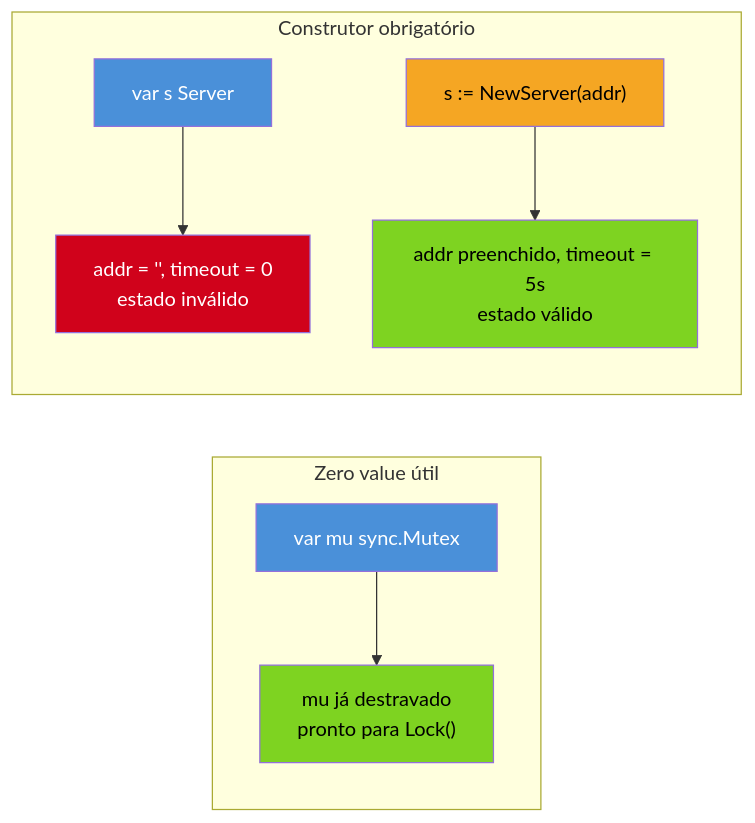
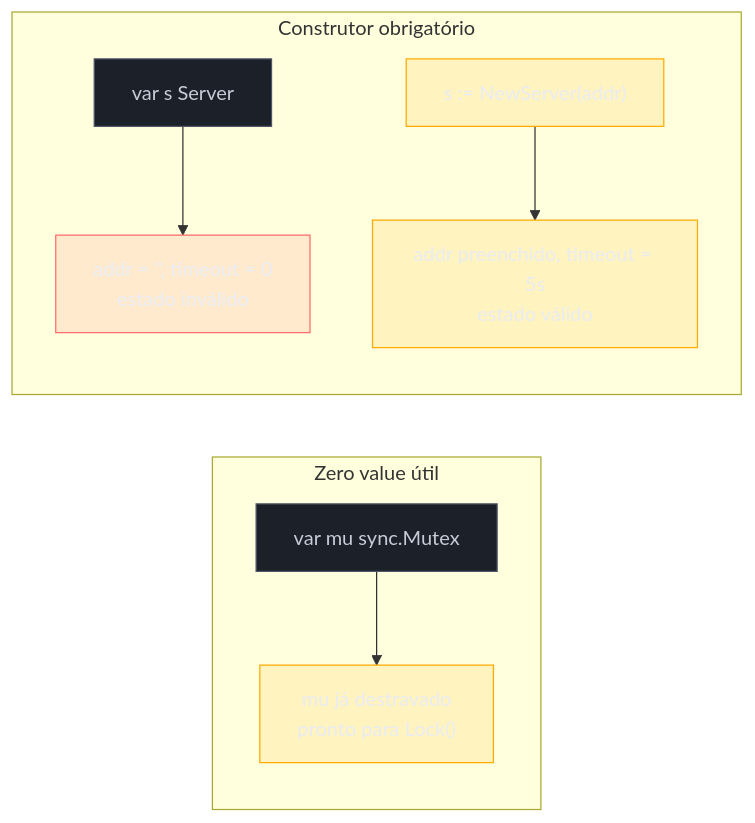
One commit to josenaldo/codex-technomanticus changed the third of 3 diagrams in 03-Dominios/Tecnologia/Go/02 - Tipos, structs e métodos/06 - O idioma do construtor.md. Above: the diagram before and after it, drawn with Mermaid. The commit also changed other lines of this file and 1181 other files, not shown here.

First line of the commit message:
fix(diagramas): paleta do sistema no lugar de cor cravada no markdown

````diff
--- a/03-Dominios/Tecnologia/Go/02 - Tipos, structs e métodos/06 - O idioma do construtor.md
+++ b/03-Dominios/Tecnologia/Go/02 - Tipos, structs e métodos/06 - O idioma do construtor.md
@@ -217,19 +220,22 @@
 ```mermaid
 flowchart LR
+    classDef neutro fill:#1B2029,stroke:#4E5666,color:#C6CCD8
+    classDef destaque fill:#FFAA0024,stroke:#FFAA00,color:#E9ECF2
+    classDef falha fill:#FF6B6B24,stroke:#FF6B6B,color:#E9ECF2
     subgraph Util["Zero value útil"]
         direction TB
         A1["var mu sync.Mutex"] --> A2["mu já destravado\npronto para Lock()"]
     end
     subgraph Obrigatorio["Construtor obrigatório"]
         direction TB
         B1["var s Server"] --> B2["addr = '', timeout = 0\nestado inválido"]
         B3["s := NewServer(addr)"] --> B4["addr preenchido, timeout = 5s\nestado válido"]
     end
 
-    style A1 fill:#4A90D9,color:#fff
-    style A2 fill:#7ED321,color:#000
-    style B1 fill:#4A90D9,color:#fff
-    style B2 fill:#D0021B,color:#fff
-    style B3 fill:#F5A623,color:#000
-    style B4 fill:#7ED321,color:#000
+    class A1 neutro
+    class A2 destaque
+    class B1 neutro
+    class B2 falha
+    class B3 destaque
+    class B4 destaque
 ```
````
